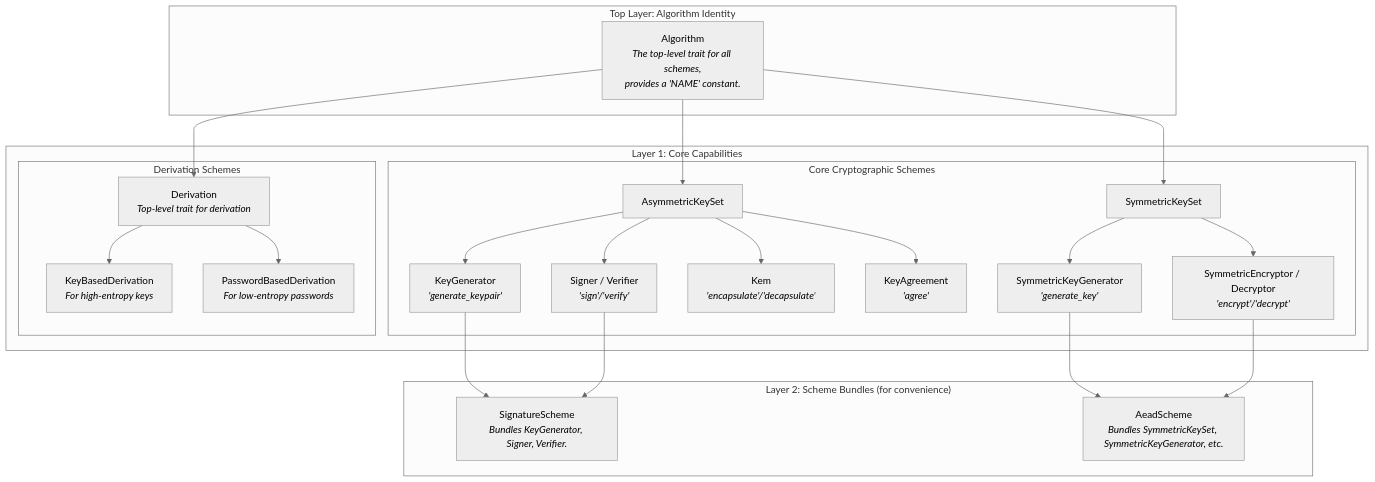
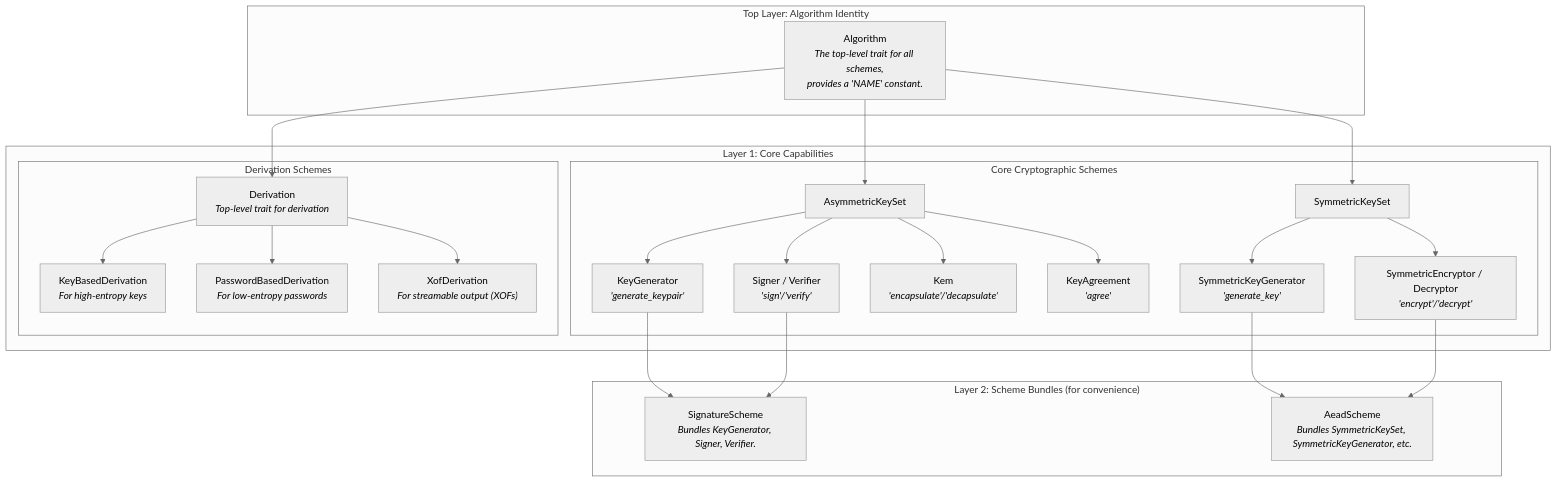
One commit to ShaoG-R/seal-crypto changed the first of 2 diagrams in README.md. Above: the diagram before and after it, drawn with Mermaid (neutral theme). The commit also changed other lines of this file and 14 other files, not shown here.

````diff
--- a/README.md
+++ b/README.md
@@ -82,50 +82,52 @@
 ```mermaid
 graph TD
     subgraph "Top Layer: Algorithm Identity"
         Z["Algorithm<br/><i>The top-level trait for all schemes,<br/>provides a 'NAME' constant.</i>"]
     end
 
     subgraph "Layer 1: Core Capabilities"
         subgraph "Core Cryptographic Schemes"
             C["AsymmetricKeySet"]
             D["SymmetricKeySet"]
 
             F["KeyGenerator<br/><i>'generate_keypair'</i>"]
             G["Signer / Verifier<br/><i>'sign'/'verify'</i>"]
             H["Kem<br/><i>'encapsulate'/'decapsulate'</i>"]
             M["KeyAgreement<br/><i>'agree'</i>"]
             
             I["SymmetricKeyGenerator<br/><i>'generate_key'</i>"]
             J["SymmetricEncryptor / Decryptor<br/><i>'encrypt'/'decrypt'</i>"]
         end
         
         subgraph "Derivation Schemes"
             N_BASE["Derivation<br/><i>Top-level trait for derivation</i>"]
             N_KEY["KeyBasedDerivation<br/><i>For high-entropy keys</i>"]
             N_PASS["PasswordBasedDerivation<br/><i>For low-entropy passwords</i>"]
+            N_XOF["XofDerivation<br/><i>For streamable output (XOFs)</i>"]
         end
     end
     
     subgraph "Layer 2: Scheme Bundles (for convenience)"
         K["SignatureScheme<br/><i>Bundles KeyGenerator, Signer, Verifier.</i>"]
         L["AeadScheme<br/><i>Bundles SymmetricKeySet, SymmetricKeyGenerator, etc.</i>"]
     end
 
     Z --> C
     Z --> D
     Z --> N_BASE
     
     C --> F
     C --> G
     C --> H
     C --> M
     
     F & G --> K
 
     D --> I
     D --> J
     I & J --> L
 
     N_BASE --> N_KEY
     N_BASE --> N_PASS
+    N_BASE --> N_XOF
 ```
````
